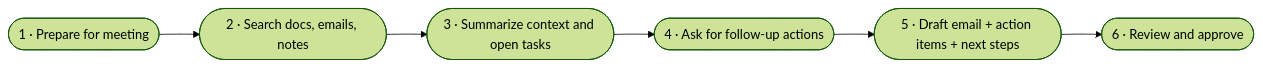
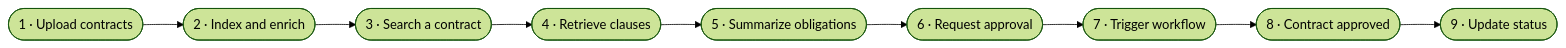
One commit to priyanka405/MS-Foundry-Microhack changed the second of 3 diagrams in landing-page.md. Above: the diagram before and after it, drawn with Mermaid (forest theme). The commit also changed other lines of this file and 9 other files, not shown here.

````diff
--- a/landing-page.md
+++ b/landing-page.md
@@ -59,8 +66,11 @@
 ```mermaid
 flowchart LR
-    S1([1 · Prepare for meeting]) --> S2([2 · Search docs, emails, notes])
-    S2 --> S3([3 · Summarize context and open tasks])
-    S3 --> S4([4 · Ask for follow-up actions])
-    S4 --> S5([5 · Draft email + action items + next steps])
-    S5 --> S6([6 · Review and approve])
+    S1([1 · Upload contracts]) --> S2([2 · Index and enrich])
+    S2 --> S3([3 · Search a contract])
+    S3 --> S4([4 · Retrieve clauses])
+    S4 --> S5([5 · Summarize obligations])
+    S5 --> S6([6 · Request approval])
+    S6 --> S7([7 · Trigger workflow])
+    S7 --> S8([8 · Contract approved])
+    S8 --> S9([9 · Update status])
 ```
````
